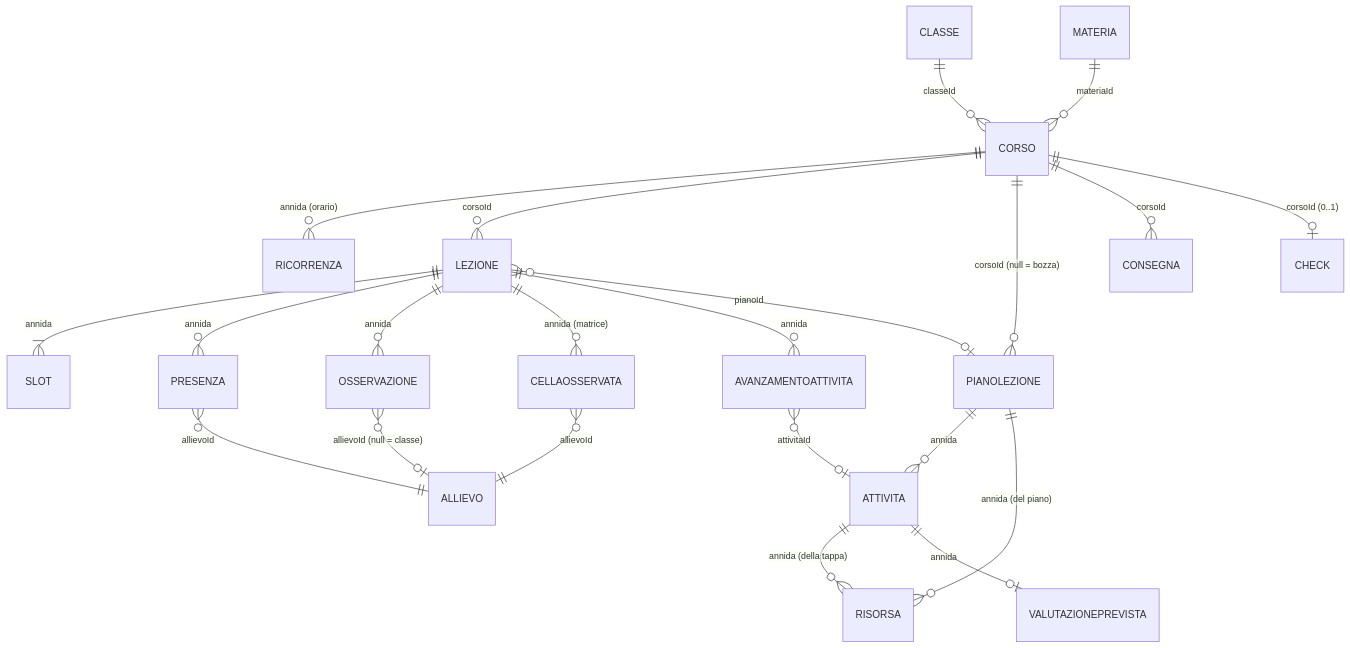
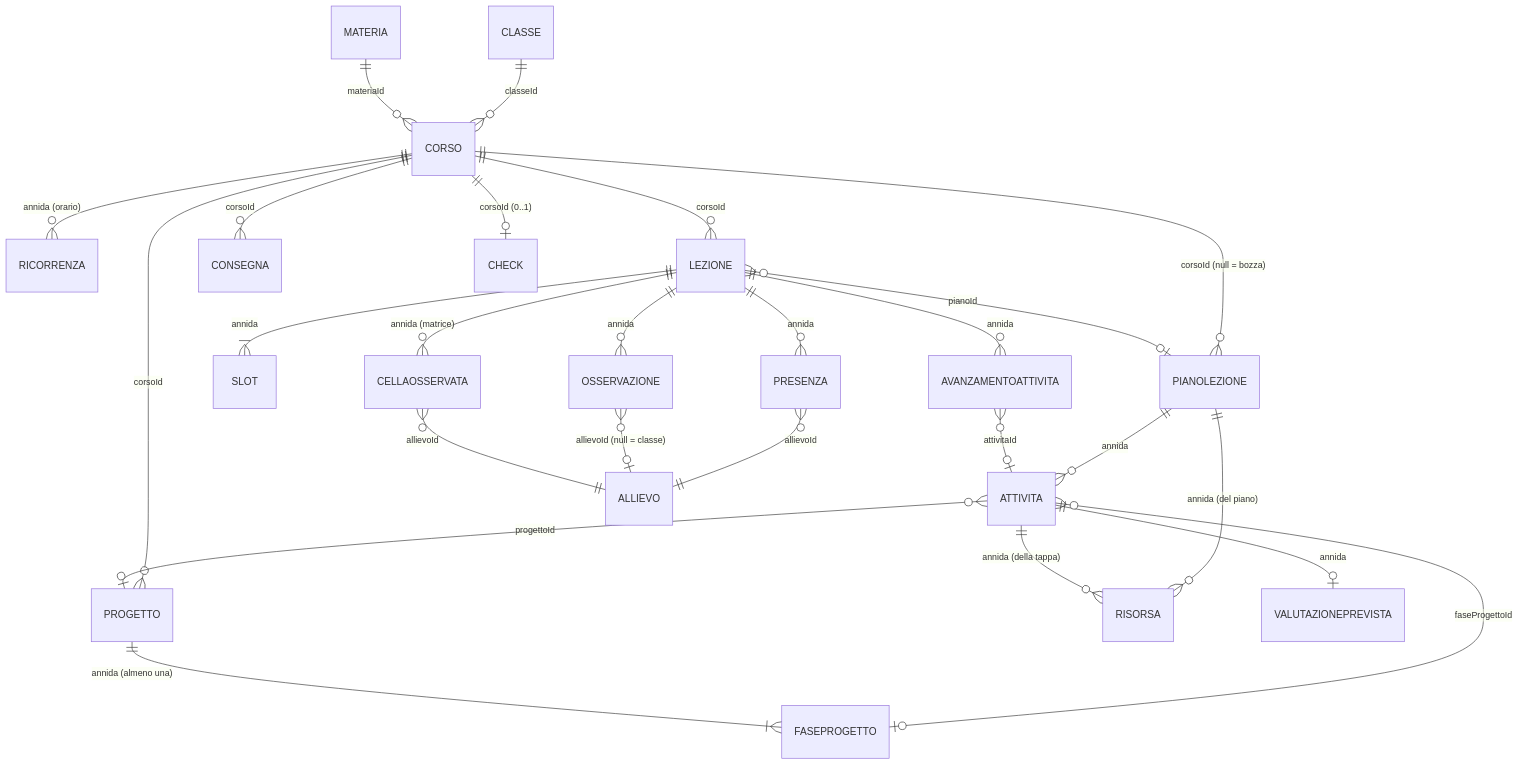
One commit to nabre/Registro changed the second of 4 diagrams in docs/MODELLO-DATI.md. Above: the diagram before and after it, drawn with Mermaid. The commit also changed other lines of this file and 335 other files, not shown here.

````diff
--- a/docs/MODELLO-DATI.md
+++ b/docs/MODELLO-DATI.md
@@ -91,27 +91,31 @@
 ```mermaid
 erDiagram
     CLASSE ||--o{ CORSO : "classeId"
     MATERIA ||--o{ CORSO : "materiaId"
     CORSO ||--o{ RICORRENZA : "annida (orario)"
     CORSO ||--o{ LEZIONE : "corsoId"
     CORSO ||--o{ PIANOLEZIONE : "corsoId (null = bozza)"
     CORSO ||--o{ CONSEGNA : "corsoId"
     CORSO ||--o| CHECK : "corsoId (0..1)"
+    CORSO ||--o{ PROGETTO : "corsoId"
 
     LEZIONE ||--|{ SLOT : "annida"
     LEZIONE ||--o{ PRESENZA : "annida"
     LEZIONE ||--o{ OSSERVAZIONE : "annida"
     LEZIONE ||--o{ CELLAOSSERVATA : "annida (matrice)"
     LEZIONE ||--o{ AVANZAMENTOATTIVITA : "annida"
     LEZIONE }o--o| PIANOLEZIONE : "pianoId"
 
     PIANOLEZIONE ||--o{ ATTIVITA : "annida"
     PIANOLEZIONE ||--o{ RISORSA : "annida (del piano)"
     ATTIVITA ||--o{ RISORSA : "annida (della tappa)"
     ATTIVITA ||--o| VALUTAZIONEPREVISTA : "annida"
 
     AVANZAMENTOATTIVITA }o--o| ATTIVITA : "attivitaId"
+    ATTIVITA }o--o| PROGETTO : "progettoId"
+    ATTIVITA }o--o| FASEPROGETTO : "faseProgettoId"
+    PROGETTO ||--|{ FASEPROGETTO : "annida (almeno una)"
     PRESENZA }o--|| ALLIEVO : "allievoId"
     OSSERVAZIONE }o--o| ALLIEVO : "allievoId (null = classe)"
     CELLAOSSERVATA }o--|| ALLIEVO : "allievoId"
 ```
````
